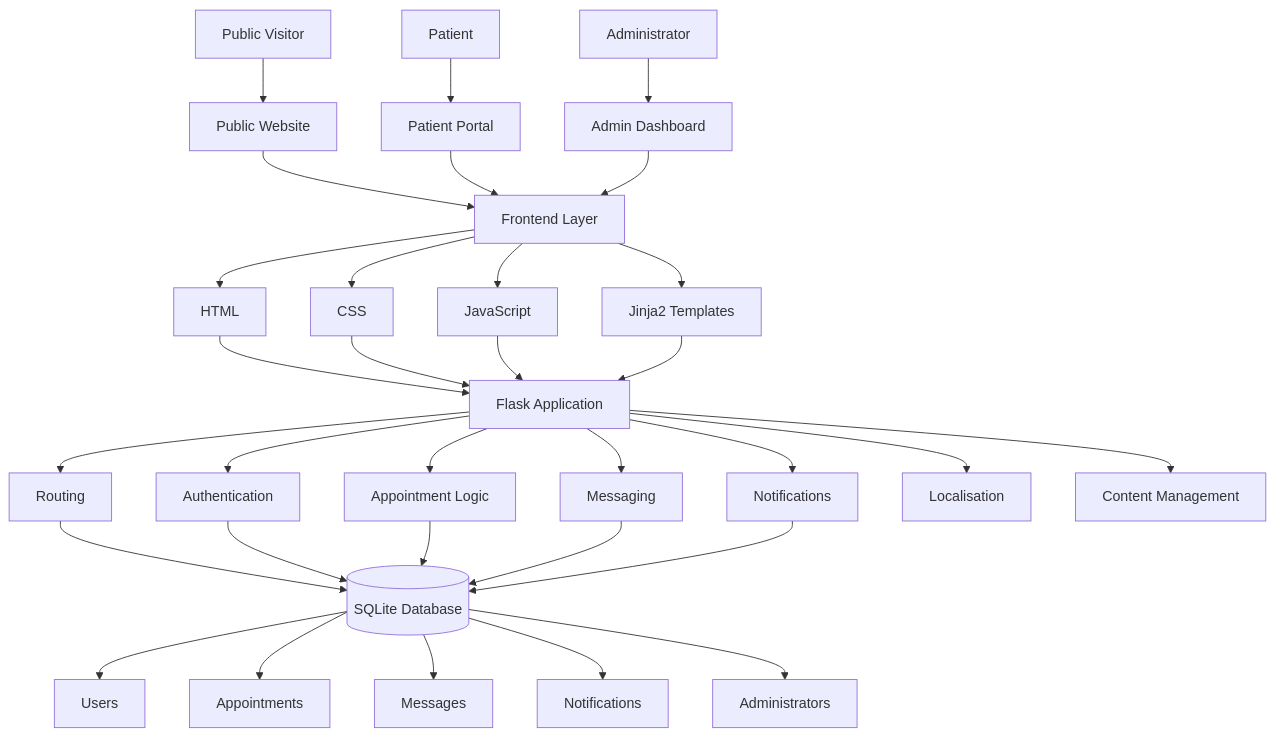
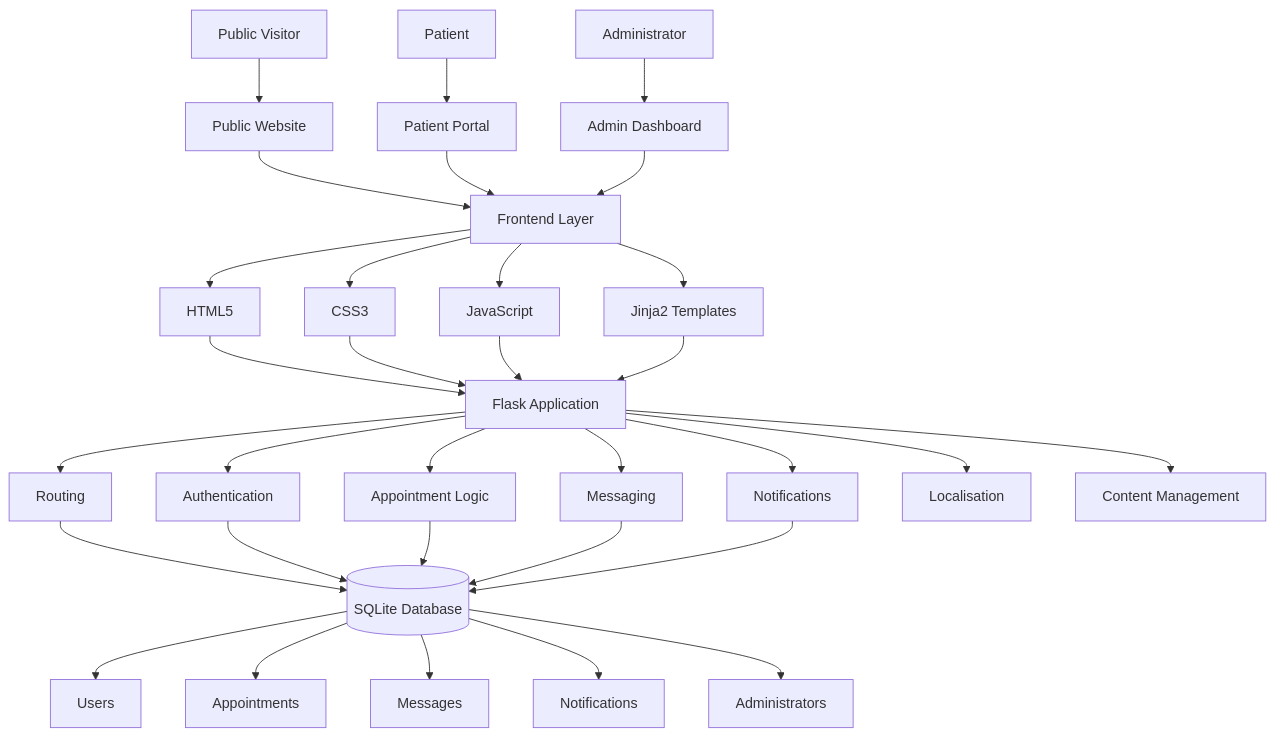
Before and after one commit to sarah-falehh/psychologist-appointment-platform: the diagram in README.md, drawn with Mermaid. The commit also changed other lines of this file, not shown here.

````diff
--- a/README.md
+++ b/README.md
@@ -910,40 +913,40 @@
 ```mermaid
 flowchart TB
-    V[Public Visitor] --> WEB[Public Website]
-    P[Patient] --> PORTAL[Patient Portal]
+    V[Public Visitor] --> PUBLIC[Public Website]
+    P[Patient] --> PATIENT[Patient Portal]
     A[Administrator] --> ADMIN[Admin Dashboard]
 
-    WEB --> FRONT[Frontend Layer]
-    PORTAL --> FRONT
+    PUBLIC --> FRONT[Frontend Layer]
+    PATIENT --> FRONT
     ADMIN --> FRONT
 
-    FRONT --> HTML[HTML]
-    FRONT --> CSS[CSS]
+    FRONT --> HTML[HTML5]
+    FRONT --> CSS[CSS3]
     FRONT --> JS[JavaScript]
     FRONT --> JINJA[Jinja2 Templates]
 
     HTML --> FLASK[Flask Application]
     CSS --> FLASK
     JS --> FLASK
     JINJA --> FLASK
 
     FLASK --> ROUTES[Routing]
     FLASK --> AUTH[Authentication]
-    FLASK --> APPT[Appointment Logic]
-    FLASK --> MSG[Messaging]
-    FLASK --> NOTIF[Notifications]
-    FLASK --> LANG[Localisation]
+    FLASK --> APPOINTMENTS[Appointment Logic]
+    FLASK --> MESSAGING[Messaging]
+    FLASK --> NOTIFICATIONS[Notifications]
+    FLASK --> LANGUAGES[Localisation]
     FLASK --> CONTENT[Content Management]
 
     ROUTES --> DB[(SQLite Database)]
     AUTH --> DB
-    APPT --> DB
-    MSG --> DB
-    NOTIF --> DB
+    APPOINTMENTS --> DB
+    MESSAGING --> DB
+    NOTIFICATIONS --> DB
 
     DB --> USERS[Users]
-    DB --> APPOINTMENTS[Appointments]
+    DB --> REQUESTS[Appointments]
     DB --> MESSAGES[Messages]
-    DB --> NOTIFICATIONS[Notifications]
+    DB --> ALERTS[Notifications]
     DB --> ADMINS[Administrators]
 ```
````
